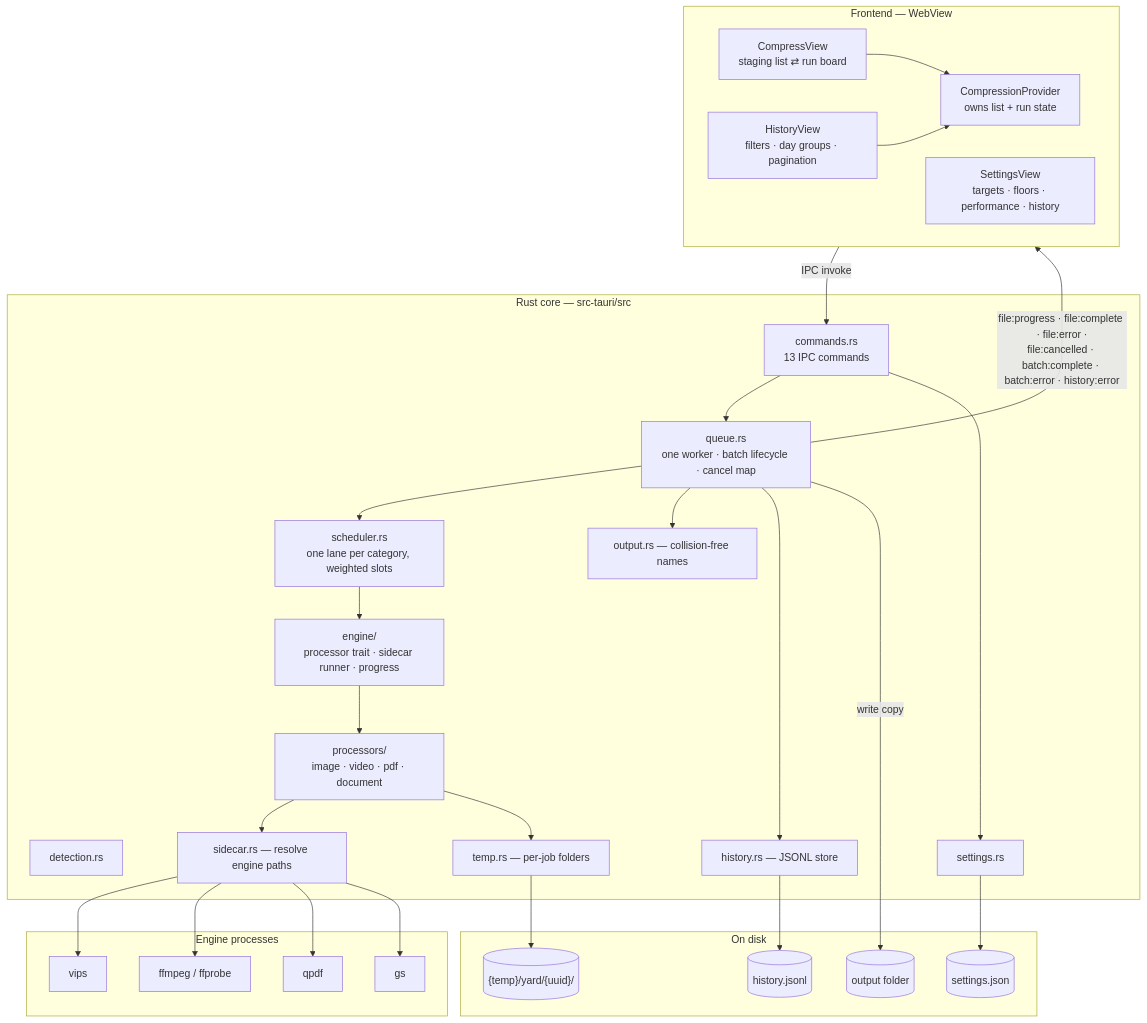
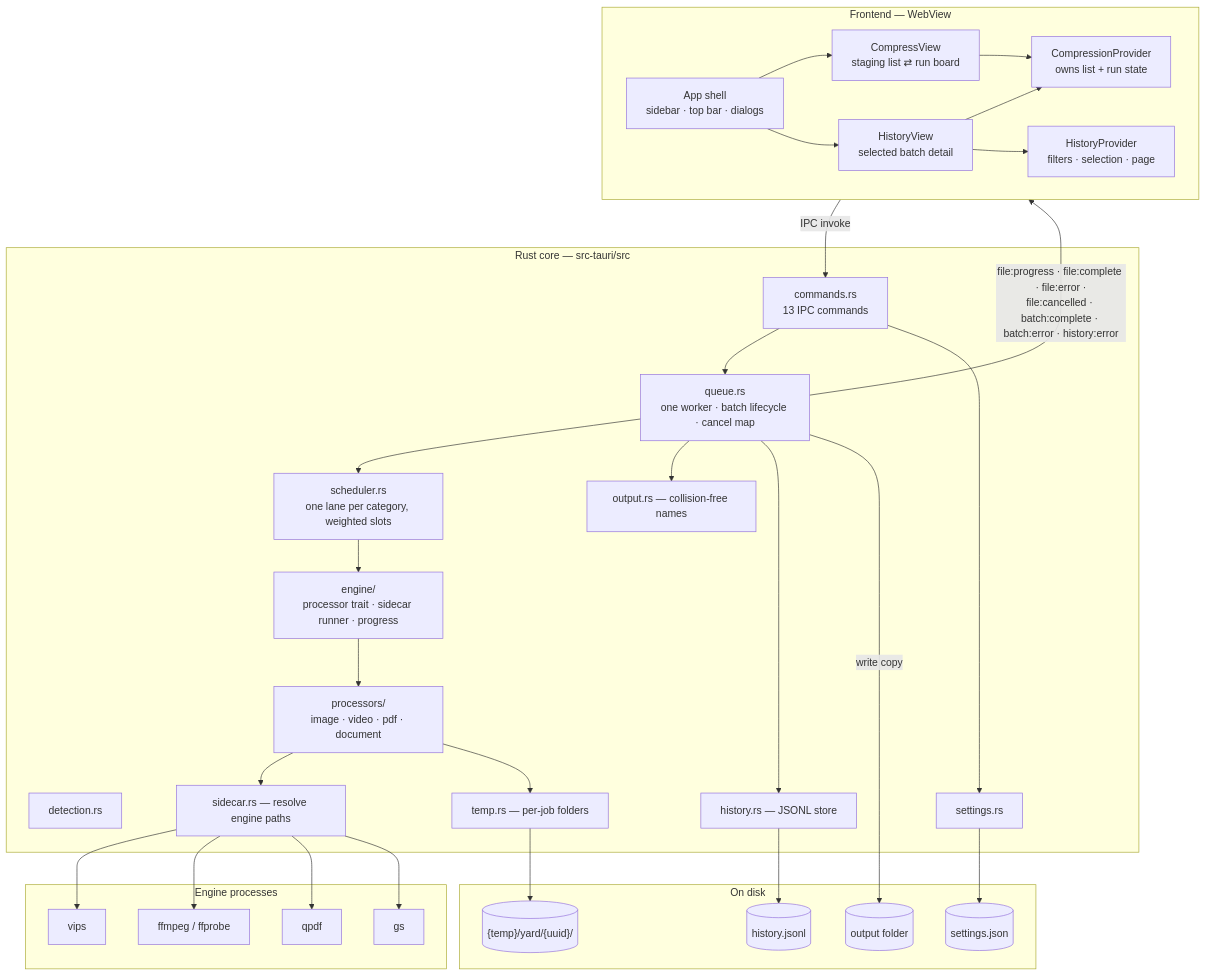
Before and after one commit to initgrep-apps/filecompressor: the first of 2 diagrams in docs/ARCHITECTURE.md, drawn with Mermaid. The commit also changed other lines of this file and 8 other files, not shown here.

````diff
--- a/docs/ARCHITECTURE.md
+++ b/docs/ARCHITECTURE.md
@@ -27,56 +27,60 @@
 ```mermaid
 flowchart TB
     subgraph FE["Frontend — WebView"]
+        APP["App shell<br/>sidebar · top bar · dialogs"]
         CV["CompressView<br/>staging list ⇄ run board"]
-        HV["HistoryView<br/>filters · day groups · pagination"]
-        SV["SettingsView<br/>targets · floors · performance · history"]
+        HV["HistoryView<br/>selected batch detail"]
         CP["CompressionProvider<br/>owns list + run state"]
+        HP["HistoryProvider<br/>filters · selection · page"]
+        APP --> CV
+        APP --> HV
         CV --> CP
         HV --> CP
+        HV --> HP
     end
 
     subgraph CORE["Rust core — src-tauri/src"]
         CMD["commands.rs<br/>13 IPC commands"]
         Q["queue.rs<br/>one worker · batch lifecycle · cancel map"]
         SCH["scheduler.rs<br/>one lane per category, weighted slots"]
         ENG["engine/<br/>processor trait · sidecar runner · progress"]
         REG["processors/<br/>image · video · pdf · document"]
         DET["detection.rs"]
         OUT["output.rs — collision-free names"]
         TMP["temp.rs — per-job folders"]
         HS["history.rs — JSONL store"]
         SET["settings.rs"]
         SC["sidecar.rs — resolve engine paths"]
     end
 
     subgraph DISK["On disk"]
         STORE[("settings.json")]
         HIST[("history.jsonl")]
         TMPD[("{temp}/yard/{uuid}/")]
         OUTD[("output folder")]
     end
 
     subgraph ENGINES["Engine processes"]
         VIPS[vips]
         FF[ffmpeg / ffprobe]
         QPDF[qpdf]
         GS[gs]
     end
 
     FE -- "IPC invoke" --> CMD
     CMD --> Q
     Q --> SCH
     SCH --> ENG
     ENG --> REG
     REG --> SC
     SC --> VIPS & FF & QPDF & GS
     REG --> TMP
     Q --> OUT
     Q --> HS
     CMD --> SET
     SET --> STORE
     HS --> HIST
     TMP --> TMPD
     Q -- "write copy" --> OUTD
     Q -- "file:progress · file:complete · file:error ·<br/>file:cancelled · batch:complete · batch:error · history:error" --> FE
 ```
````
